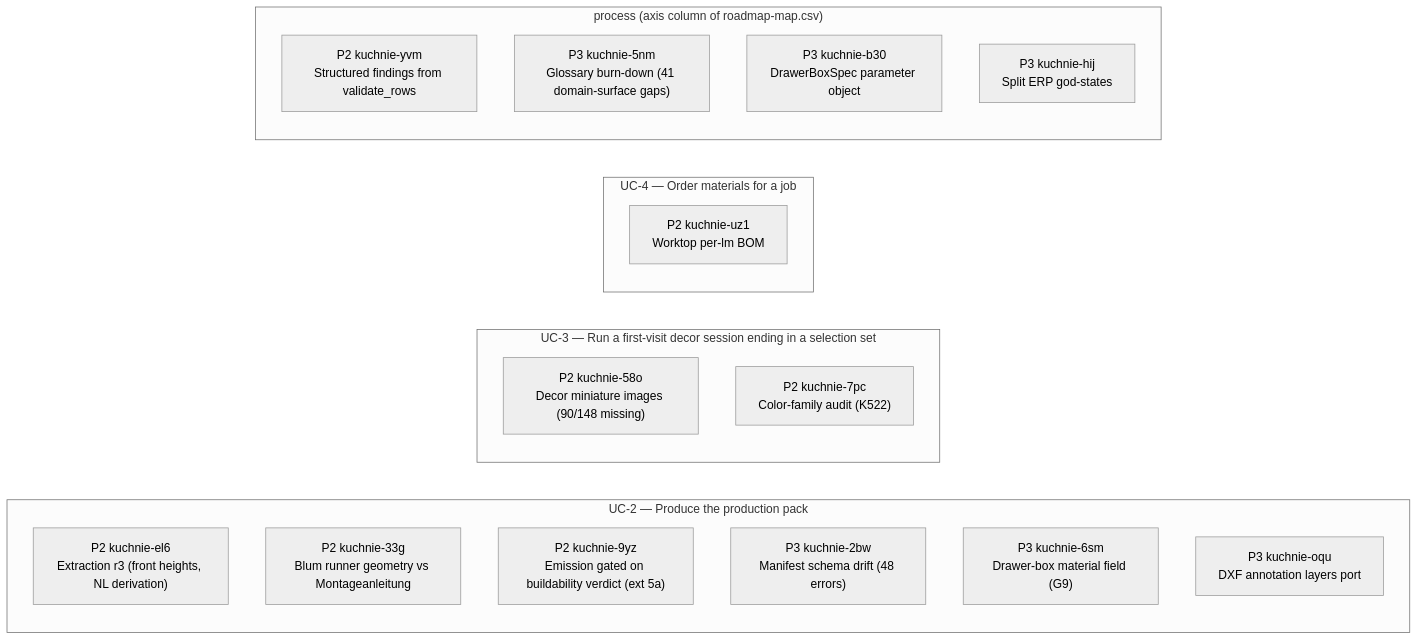
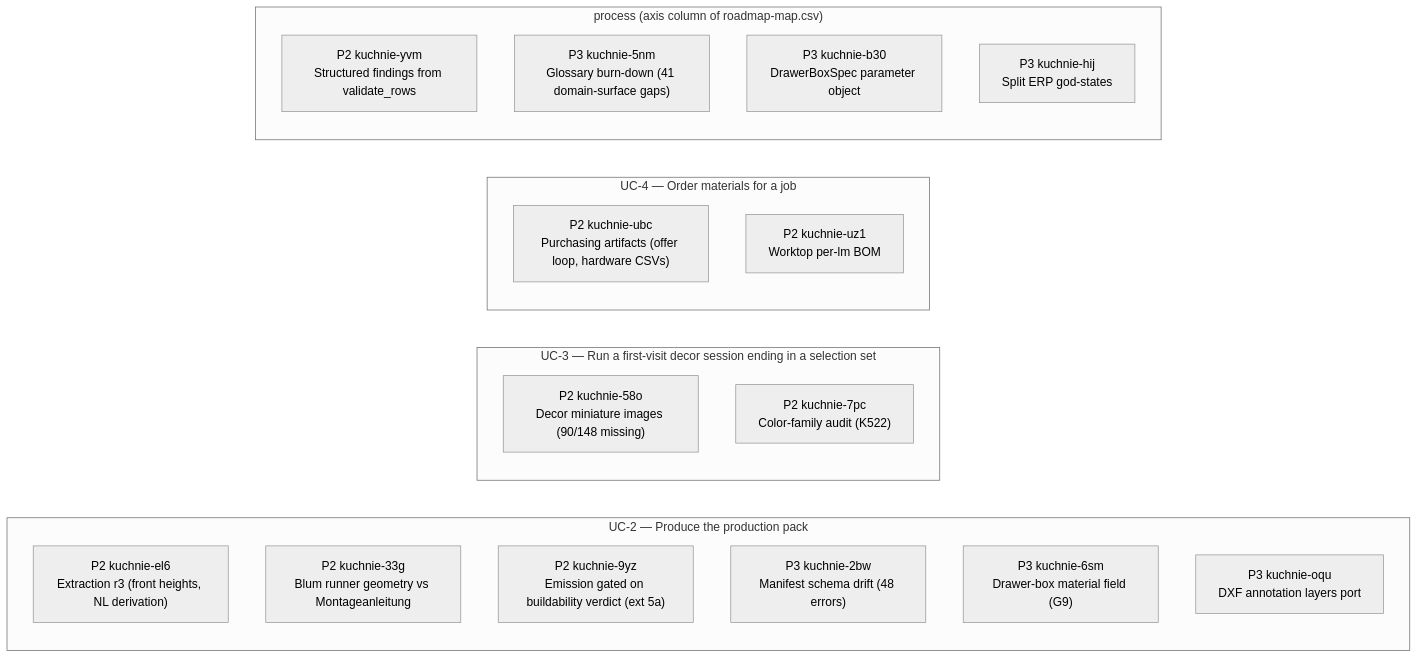
One commit to m1981/kuchnie changed the second of 2 diagrams in STATUS.md. Above: the diagram before and after it, drawn with Mermaid (neutral theme). The commit also changed other lines of this file and 2 other files, not shown here.

First line of the commit message:
truth: release wk-593a317b (increment 2 shipped as tr-c87a68f9, epic continues with hardware CSVs); STATUS regenerated

````diff
--- a/STATUS.md
+++ b/STATUS.md
@@ -142,24 +147,25 @@
 ```mermaid
 flowchart LR
     subgraph gUC_2 ["UC-2 — Produce the production pack"]
         u_kuchnie_el6["P2 kuchnie-el6<br/>Extraction r3 (front heights, NL derivation)"]
         u_kuchnie_33g["P2 kuchnie-33g<br/>Blum runner geometry vs Montageanleitung"]
         u_kuchnie_9yz["P2 kuchnie-9yz<br/>Emission gated on buildability verdict (ext 5a)"]
         u_kuchnie_2bw["P3 kuchnie-2bw<br/>Manifest schema drift (48 errors)"]
         u_kuchnie_6sm["P3 kuchnie-6sm<br/>Drawer-box material field (G9)"]
         u_kuchnie_oqu["P3 kuchnie-oqu<br/>DXF annotation layers port"]
     end
     subgraph gUC_3 ["UC-3 — Run a first-visit decor session ending in a selection set"]
         u_kuchnie_58o["P2 kuchnie-58o<br/>Decor miniature images (90/148 missing)"]
         u_kuchnie_7pc["P2 kuchnie-7pc<br/>Color-family audit (K522)"]
     end
     subgraph gUC_4 ["UC-4 — Order materials for a job"]
+        u_kuchnie_ubc["P2 kuchnie-ubc<br/>Purchasing artifacts (offer loop, hardware CSVs)"]
         u_kuchnie_uz1["P2 kuchnie-uz1<br/>Worktop per-lm BOM"]
     end
     subgraph g_none ["process (axis column of roadmap-map.csv)"]
         u_kuchnie_yvm["P2 kuchnie-yvm<br/>Structured findings from validate_rows"]
         u_kuchnie_5nm["P3 kuchnie-5nm<br/>Glossary burn-down (41 domain-surface gaps)"]
         u_kuchnie_b30["P3 kuchnie-b30<br/>DrawerBoxSpec parameter object"]
         u_kuchnie_hij["P3 kuchnie-hij<br/>Split ERP god-states"]
     end
 ```
````
